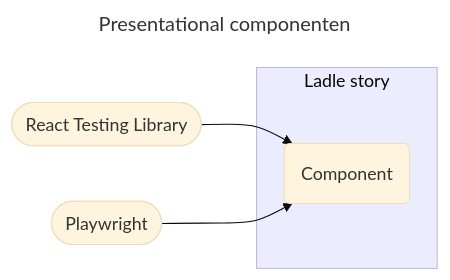
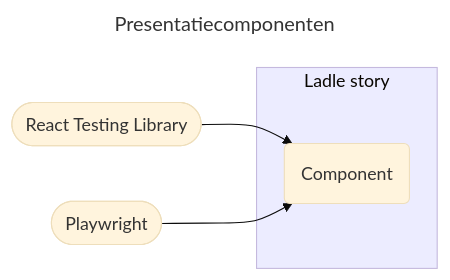
The first of 5 diagrams in documentatie/ontwikkelproces/test-tooling.md (kiesraad/abacus), drawn with Mermaid (base theme) before and after one commit. The commit also changed other lines of this file, not shown here.

````diff
--- a/documentatie/ontwikkelproces/test-tooling.md
+++ b/documentatie/ontwikkelproces/test-tooling.md
@@ -30,18 +30,18 @@
 ```mermaid
 ---
-title: Presentational componenten
+title: Presentatiecomponenten
 ---
 flowchart LR
     rtl([React Testing Library])
     playwright([Playwright])
     component(Component)
 
     subgraph ladle-story [Ladle story]
         component
     end
 
     style ladle-story fill:#ececff,stroke:#c5b9de
 
     rtl --> component
     playwright --> component
 ```
````
